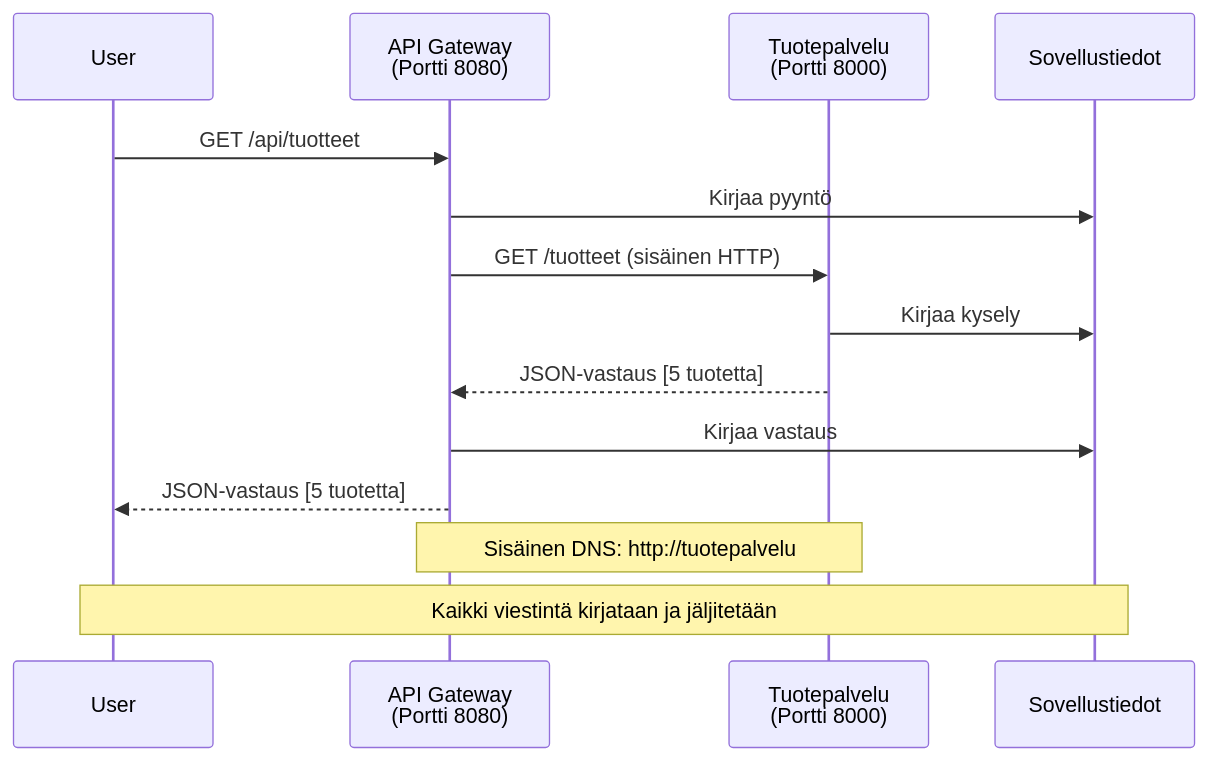
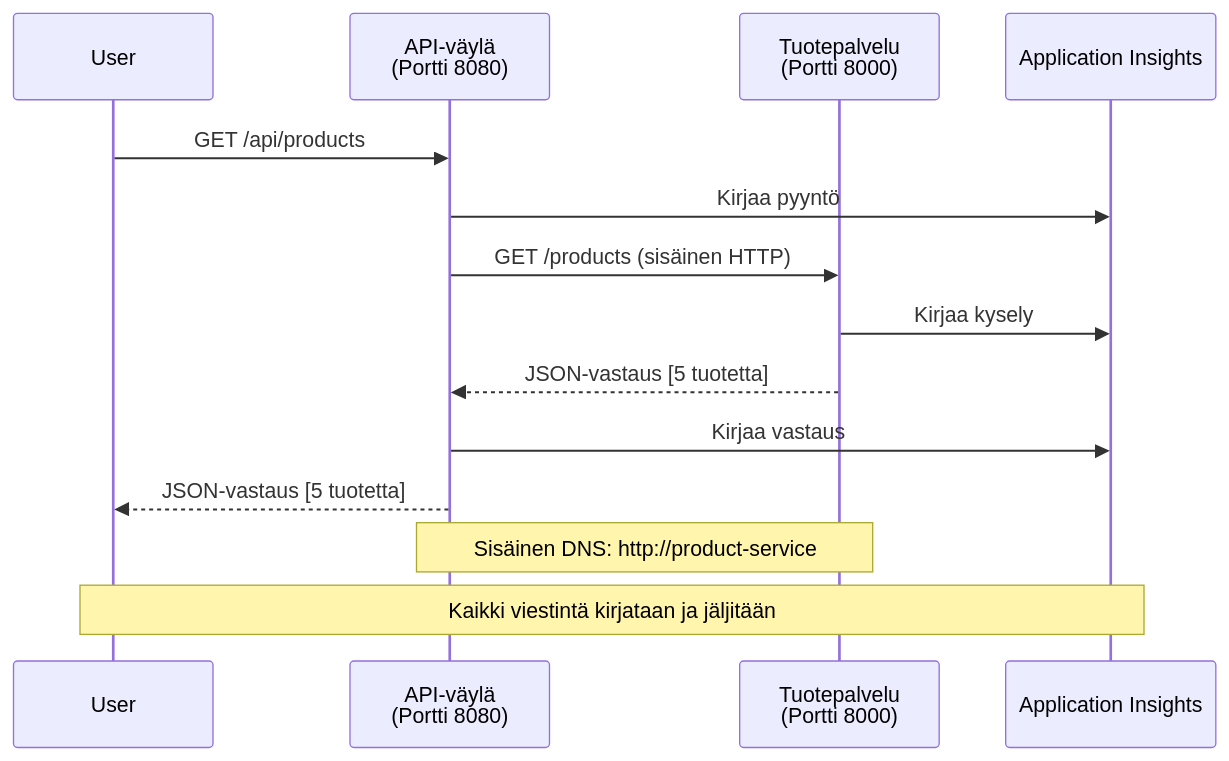
One commit to microsoft/AZD-for-beginners changed the fourth of 4 diagrams in translations/fi/examples/microservices/README.md. Above: the diagram before and after it, drawn with Mermaid. The commit also changed other lines of this file and 242 other files, not shown here.

````diff
--- a/translations/fi/examples/microservices/README.md
+++ b/translations/fi/examples/microservices/README.md
@@ -432,18 +423,18 @@
 ```mermaid
 sequenceDiagram
     participant User
-    participant Gateway as API Gateway<br/>(Portti 8080)
+    participant Gateway as API-väylä<br/>(Portti 8080)
     participant Product as Tuotepalvelu<br/>(Portti 8000)
-    participant AI as Sovellustiedot
+    participant AI as Application Insights
     
-    User->>Gateway: GET /api/tuotteet
+    User->>Gateway: GET /api/products
     Gateway->>AI: Kirjaa pyyntö
-    Gateway->>Product: GET /tuotteet (sisäinen HTTP)
+    Gateway->>Product: GET /products (sisäinen HTTP)
     Product->>AI: Kirjaa kysely
     Product-->>Gateway: JSON-vastaus [5 tuotetta]
     Gateway->>AI: Kirjaa vastaus
     Gateway-->>User: JSON-vastaus [5 tuotetta]
     
-    Note over Gateway,Product: Sisäinen DNS: http://tuotepalvelu
-    Note over User,AI: Kaikki viestintä kirjataan ja jäljitetään
+    Note over Gateway,Product: Sisäinen DNS: http://product-service
+    Note over User,AI: Kaikki viestintä kirjataan ja jäljitään
 ```
````
